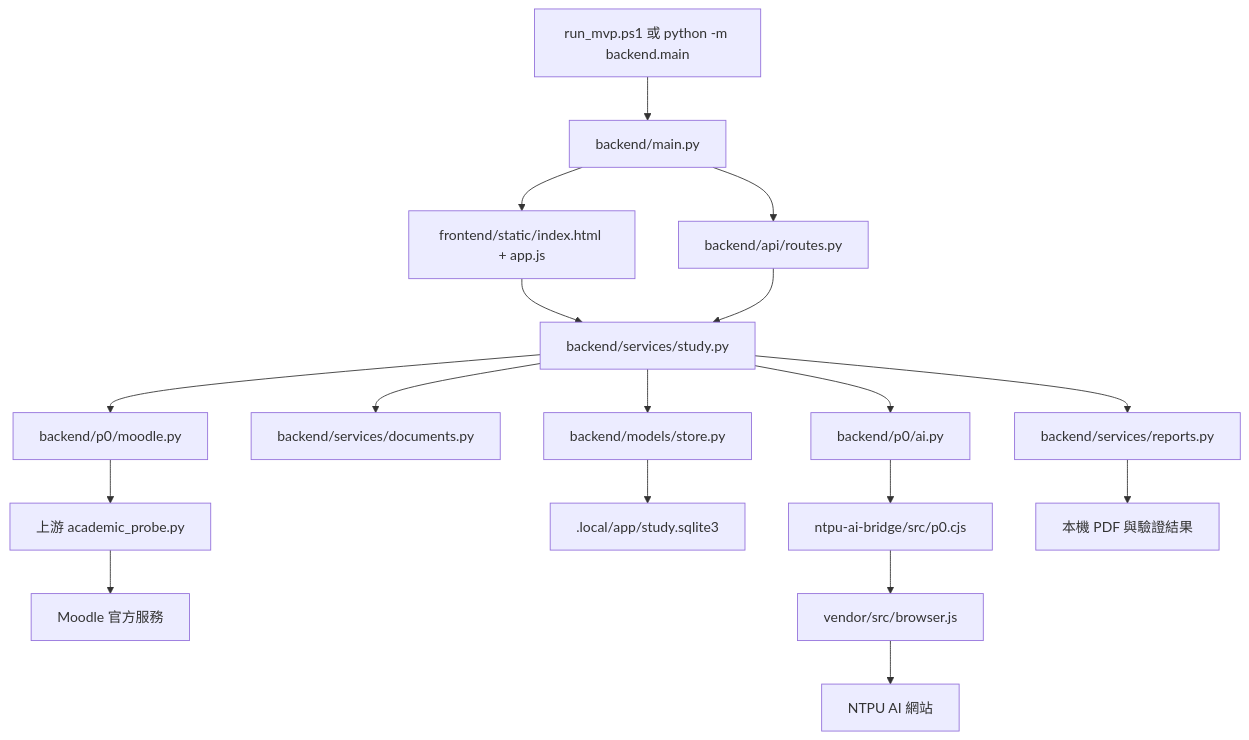
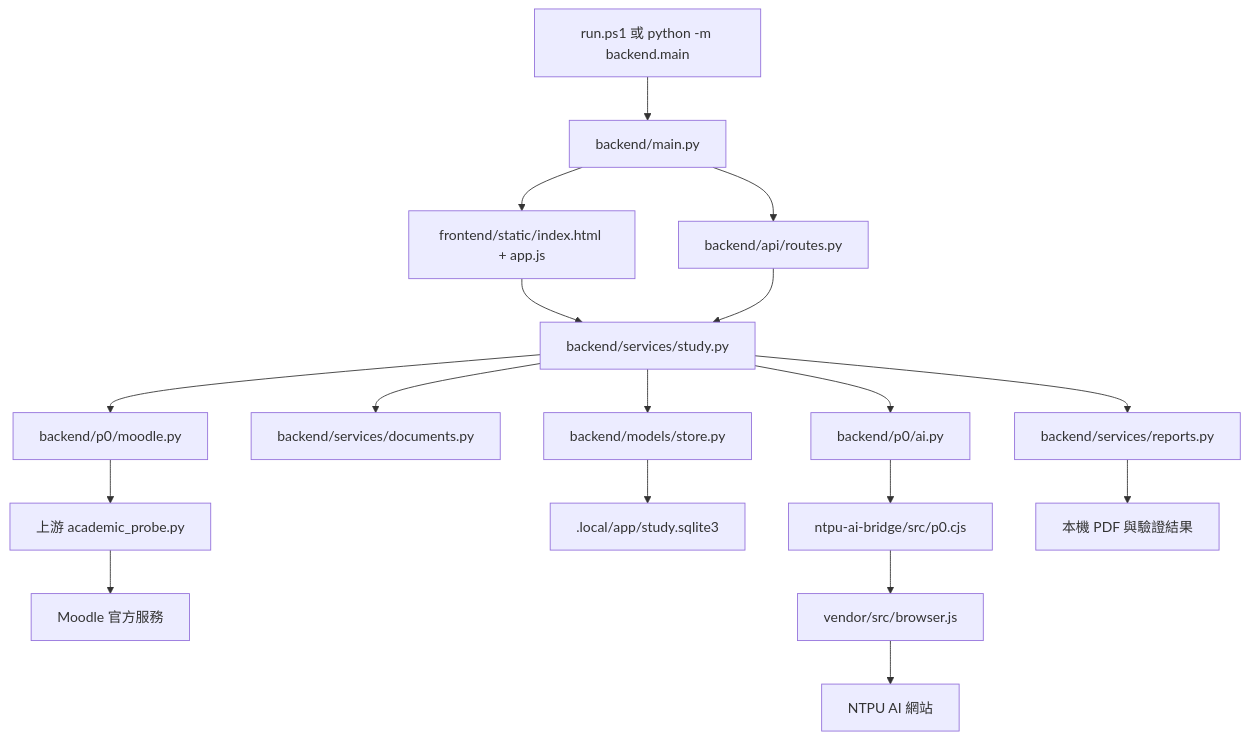
Before and after one commit to andyyoung1219/NTPU_HomeworkInOne_dark: the diagram in docs/FILE_GUIDE.md, drawn with Mermaid. The commit also changed other lines of this file and 6 other files, not shown here.

````diff
--- a/docs/FILE_GUIDE.md
+++ b/docs/FILE_GUIDE.md
@@ -62,20 +62,20 @@
 ```mermaid
 flowchart TD
-    Start[run_mvp.ps1 或 python -m backend.main] --> Main[backend/main.py]
+    Start[run.ps1 或 python -m backend.main] --> Main[backend/main.py]
     Main --> UI[frontend/static/index.html + app.js]
     Main --> API[backend/api/routes.py]
     UI --> Service[backend/services/study.py]
     API --> Service
     Service --> Moodle[backend/p0/moodle.py]
     Moodle --> Probe[上游 academic_probe.py]
     Probe --> School[Moodle 官方服務]
     Service --> Docs[backend/services/documents.py]
     Service --> Store[backend/models/store.py]
     Store --> SQLite[.local/app/study.sqlite3]
     Service --> AI[backend/p0/ai.py]
     AI --> Node[ntpu-ai-bridge/src/p0.cjs]
     Node --> Browser[vendor/src/browser.js]
     Browser --> Site[NTPU AI 網站]
     Service --> Report[backend/services/reports.py]
     Report --> Output[本機 PDF 與驗證結果]
 ```
````
